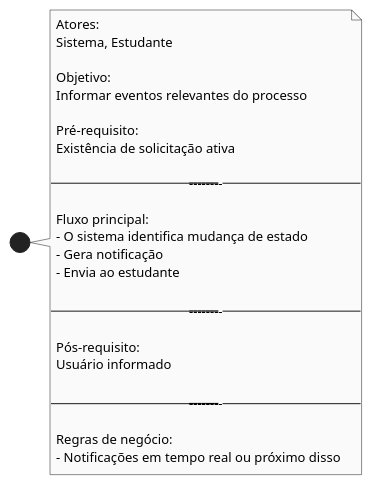
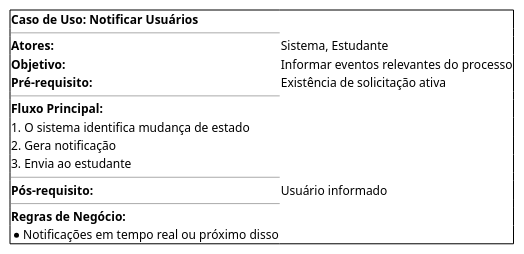
One commit to Projetos-de-Extensao/PBE_26.1_8001_VII changed the fourth of 10 diagrams in docs/Iniciacao/prototipo_baixa_fidelidade.md. Above: the diagram before and after it, drawn with PlantUML. The commit also changed other lines of this file, not shown here.

````diff
--- a/docs/Iniciacao/prototipo_baixa_fidelidade.md
+++ b/docs/Iniciacao/prototipo_baixa_fidelidade.md
@@ -154,42 +121,21 @@
-```puml
-@startuml
-
-
-skinparam monochrome true
-skinparam shadowing false
-
-
-note right
-Atores:
-Sistema, Estudante
-
-Objetivo:
-Informar eventos relevantes do processo
-
-Pré-requisito:
-Existência de solicitação ativa
-
-----------------------------------------
-
-Fluxo principal:
-- O sistema identifica mudança de estado
-- Gera notificação
-- Envia ao estudante
-
-----------------------------------------
-
-Pós-requisito:
-Usuário informado
-
-----------------------------------------
-
-Regras de negócio:
-- Notificações em tempo real ou próximo disso
-end note
-
-@enduml
-
-
-
-
+```plantuml
+@startsalt
+{+
+  **Caso de Uso: Notificar Usuários**
+  --
+  **Atores:** | Sistema, Estudante
+  **Objetivo:** | Informar eventos relevantes do processo
+  **Pré-requisito:**| Existência de solicitação ativa
+  --
+  **Fluxo Principal:**
+  1. O sistema identifica mudança de estado
+  2. Gera notificação
+  3. Envia ao estudante
+  --
+  **Pós-requisito:**| Usuário informado
+  --
+  **Regras de Negócio:**
+  * Notificações em tempo real ou próximo disso
+}
+@endsalt
 ```
````
